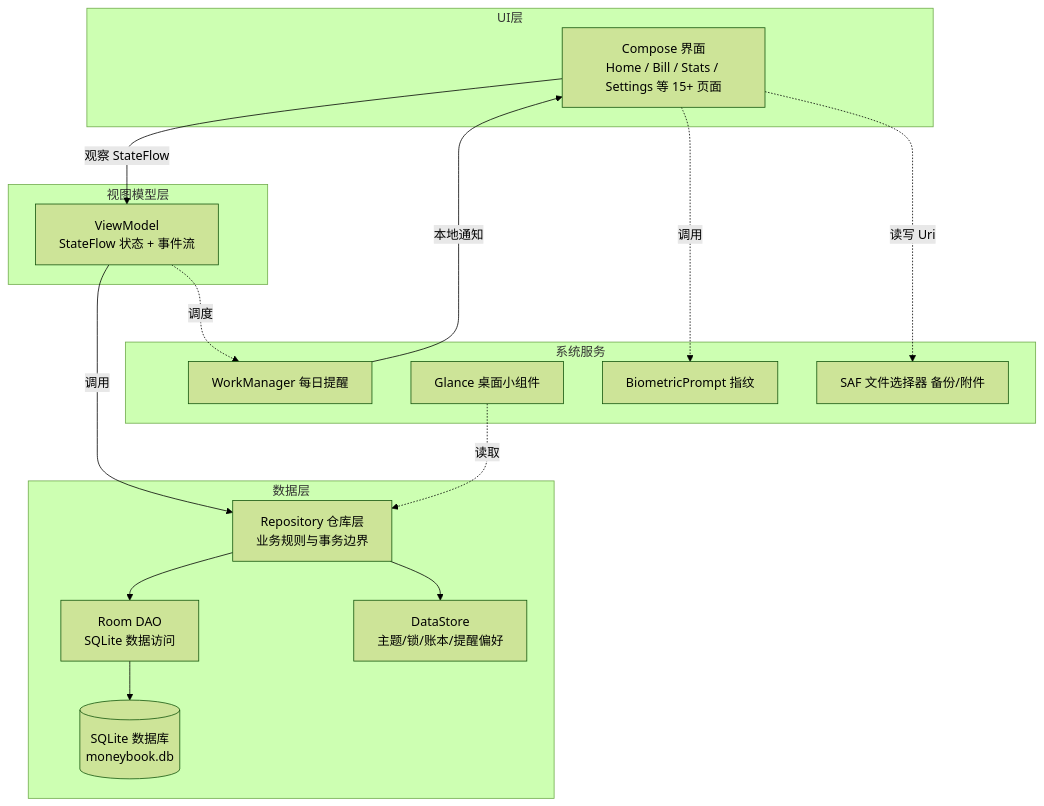
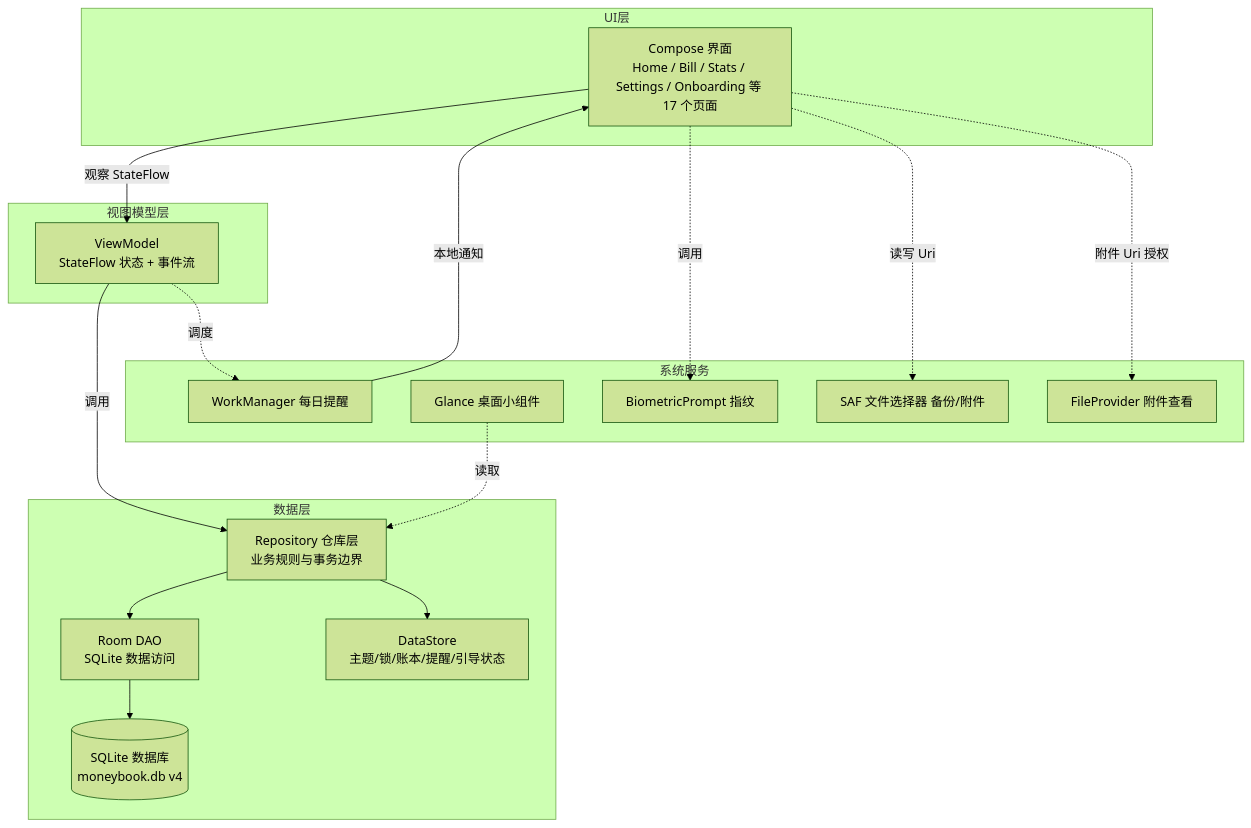
One commit to AndersOnLin4/moneybook changed the first of 3 diagrams in docs/02-系统架构.md. Above: the diagram before and after it, drawn with Mermaid (forest theme). The commit also changed other lines of this file and 4 other files, not shown here.

````diff
--- a/docs/02-系统架构.md
+++ b/docs/02-系统架构.md
@@ -9,30 +9,32 @@
 ```mermaid
 graph TD
     subgraph UI层
-        A[Compose 界面<br/>Home / Bill / Stats / Settings 等 15+ 页面]
+        A[Compose 界面<br/>Home / Bill / Stats / Settings / Onboarding 等 17 个页面]
     end
     subgraph 视图模型层
         B[ViewModel<br/>StateFlow 状态 + 事件流]
     end
     subgraph 数据层
         C[Repository 仓库层<br/>业务规则与事务边界]
         D[Room DAO<br/>SQLite 数据访问]
-        E[(SQLite 数据库<br/>moneybook.db)]
-        F[DataStore<br/>主题/锁/账本/提醒偏好]
+        E[(SQLite 数据库<br/>moneybook.db v4)]
+        F[DataStore<br/>主题/锁/账本/提醒/引导状态]
     end
     subgraph 系统服务
         G[WorkManager 每日提醒]
         H[Glance 桌面小组件]
         I[BiometricPrompt 指纹]
         J[SAF 文件选择器 备份/附件]
+        K[FileProvider 附件查看]
     end
     A -->|"观察 StateFlow"| B
     B -->|"调用"| C
     C --> D --> E
     C --> F
     B -.->|调度| G
     H -.->|读取| C
     A -.->|调用| I
     A -.->|读写 Uri| J
+    A -.->|附件 Uri 授权| K
     G -->|"本地通知"| A
 ```
````
